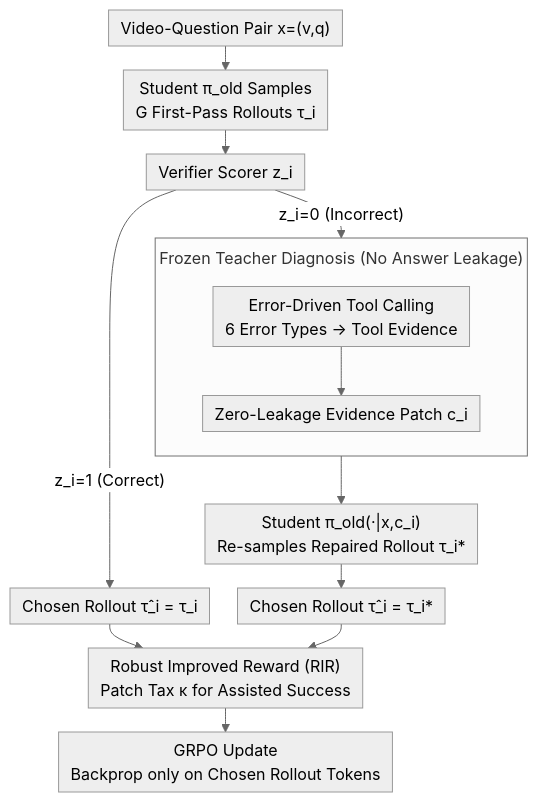
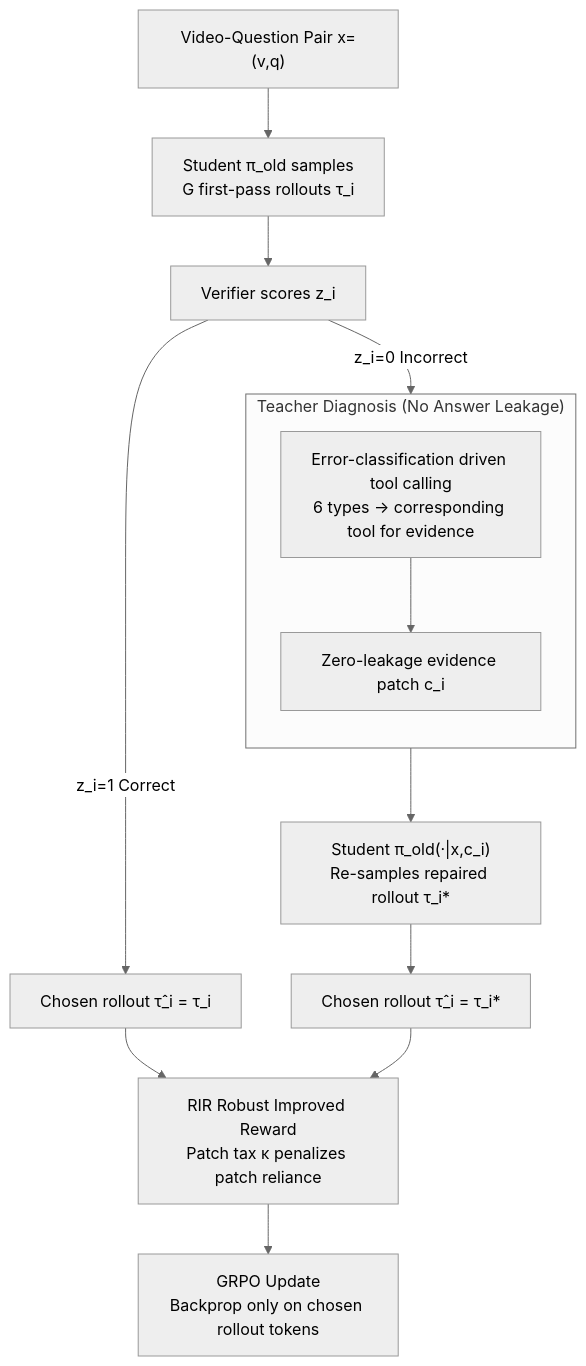
Before and after one commit to zhaoyang97/Paper-Notes-en: the diagram in docs/ICML2026/vlm_reasoning/find_fix_reason_context_repair_for_video_reasoning.md, drawn with Mermaid (neutral theme). The commit also changed other lines of this file and 5084 other files, not shown here.

````diff
--- a/docs/ICML2026/vlm_reasoning/find_fix_reason_context_repair_for_video_reasoning.md
+++ b/docs/ICML2026/vlm_reasoning/find_fix_reason_context_repair_for_video_reasoning.md
@@ -43,17 +43,16 @@
 ```mermaid
-%%{init: {'flowchart': {'rankSpacing': 24, 'nodeSpacing': 28, 'padding': 6, 'wrappingWidth': 400, 'subGraphTitleMargin': {'top': 8, 'bottom': 16}}}}%%
-flowchart TD
-    A["Video-Question Pair x=(v,q)"] --> B["Student π_old Samples<br/>G First-Pass Rollouts τ_i"]
-    B --> C["Verifier Scorer z_i"]
-    C -->|"z_i=1 (Correct)"| F["Chosen Rollout τ̂_i = τ_i"]
-    C -->|"z_i=0 (Incorrect)"| D
-    subgraph TEA["Frozen Teacher Diagnosis (No Answer Leakage)"]
+graph TD
+    A["Video-Question Pair x=(v,q)"] --> B["Student π_old samples<br/>G first-pass rollouts τ_i"]
+    B --> C["Verifier scores z_i"]
+    C -->|"z_i=1 Correct"| F["Chosen rollout τ̂_i = τ_i"]
+    C -->|"z_i=0 Incorrect"| D
+    subgraph TEA["Teacher Diagnosis (No Answer Leakage)"]
         direction TB
-        D["Error-Driven Tool Calling<br/>6 Error Types → Tool Evidence"] --> E["Zero-Leakage Evidence Patch c_i"]
+        D["Error-classification driven tool calling<br/>6 types -> corresponding tool for evidence"] --> E["Zero-leakage evidence patch c_i"]
     end
-    E --> G["Student π_old(·|x,c_i)<br/>Re-samples Repaired Rollout τ_i*"]
-    G --> H["Chosen Rollout τ̂_i = τ_i*"]
-    F --> I["Robust Improved Reward (RIR)<br/>Patch Tax κ for Assisted Success"]
+    E --> G["Student π_old(·|x,c_i)<br/>Re-samples repaired rollout τ_i*"]
+    G --> H["Chosen rollout τ̂_i = τ_i*"]
+    F --> I["RIR Robust Improved Reward<br/>Patch tax κ penalizes patch reliance"]
     H --> I
-    I --> J["GRPO Update<br/>Backprop only on Chosen Rollout Tokens"]
+    I --> J["GRPO Update<br/>Backprop only on chosen rollout tokens"]
 ```
````
